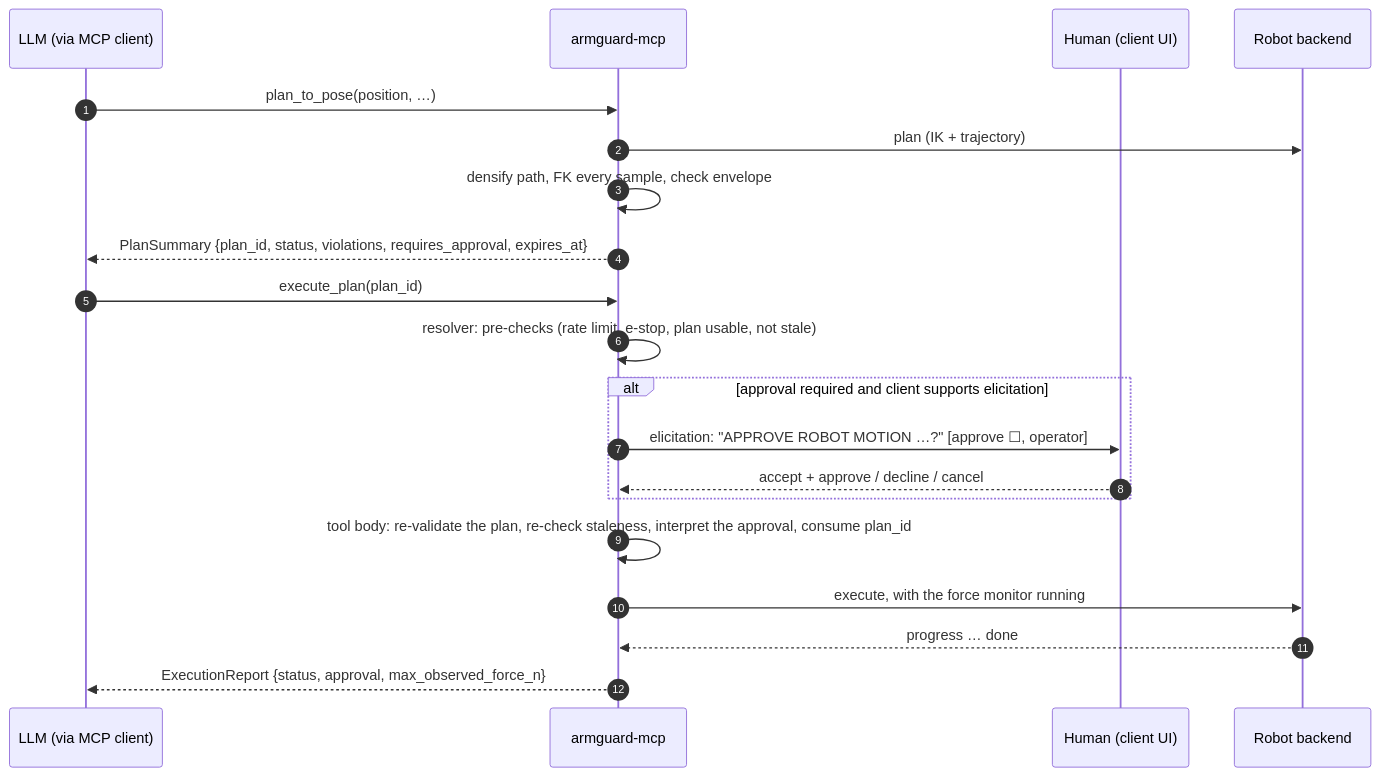
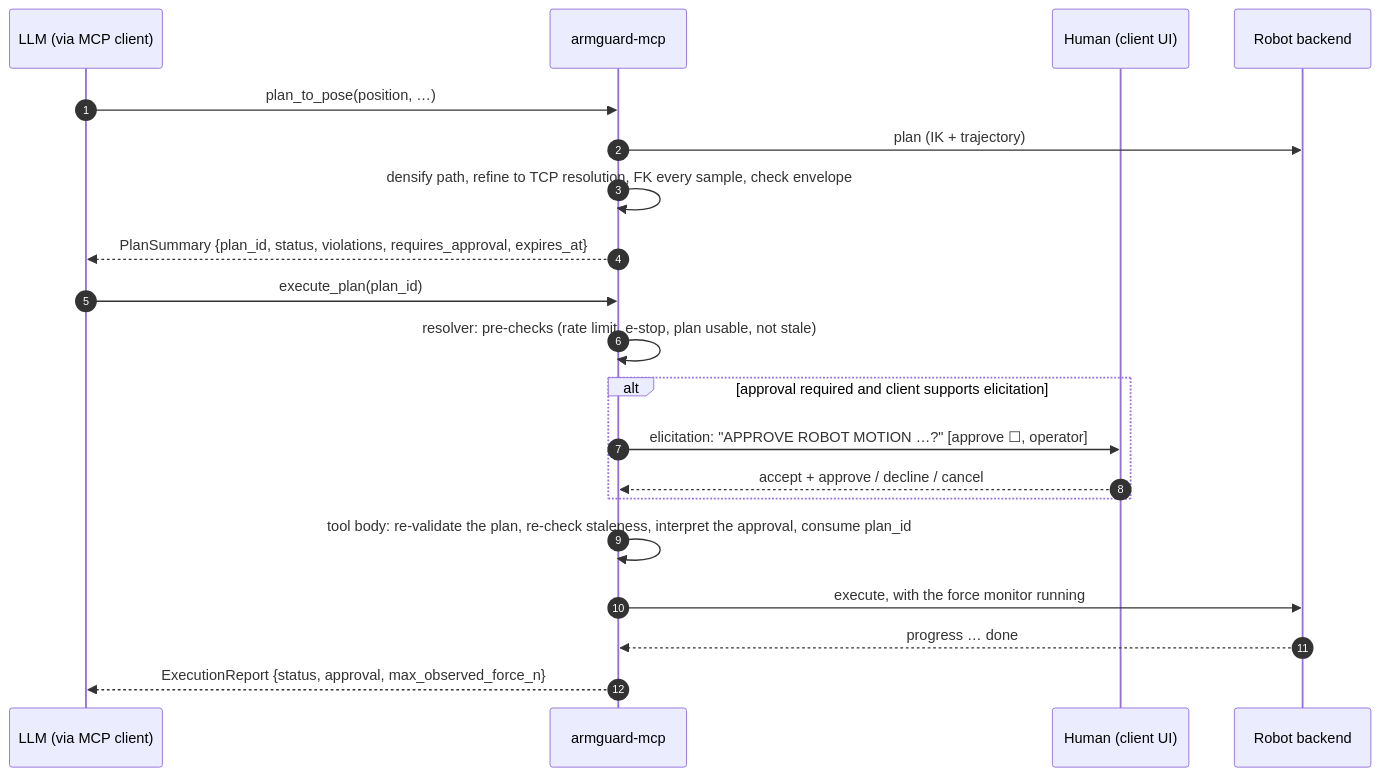
Before and after one commit to Lynn-hh/armguard-mcp: the second of 2 diagrams in README.md, drawn with Mermaid. The commit also changed other lines of this file and 17 other files, not shown here.

````diff
--- a/README.md
+++ b/README.md
@@ -327,22 +339,22 @@
 ```mermaid
 sequenceDiagram
     autonumber
     participant L as LLM (via MCP client)
     participant S as armguard-mcp
     participant H as Human (client UI)
     participant R as Robot backend
     L->>S: plan_to_pose(position, …)
     S->>R: plan (IK + trajectory)
-    S->>S: densify path, FK every sample, check envelope
+    S->>S: densify path, refine to TCP resolution, FK every sample, check envelope
     S-->>L: PlanSummary {plan_id, status, violations, requires_approval, expires_at}
     L->>S: execute_plan(plan_id)
     S->>S: resolver: pre-checks (rate limit, e-stop, plan usable, not stale)
     alt approval required and client supports elicitation
         S->>H: elicitation: "APPROVE ROBOT MOTION …?" [approve ☐, operator]
         H-->>S: accept + approve / decline / cancel
     end
     S->>S: tool body: re-validate the plan, re-check staleness, interpret the approval, consume plan_id
     S->>R: execute, with the force monitor running
     R-->>S: progress … done
     S-->>L: ExecutionReport {status, approval, max_observed_force_n}
 ```
````
